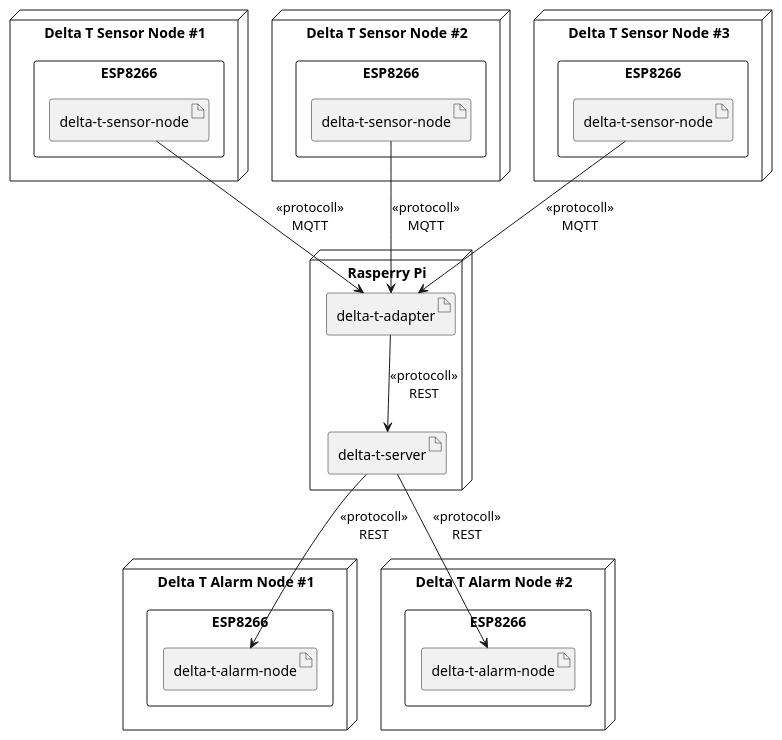
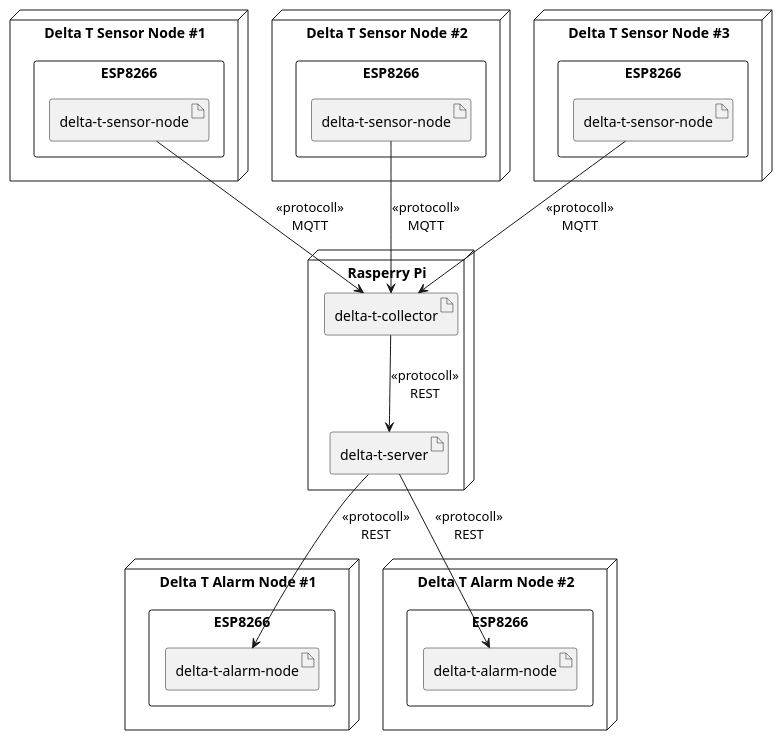
The diagram in doc/example-deployment.puml (r42sys/delta-t-sensor-node), drawn with PlantUML before and after one commit. The commit also changed 1 other file, not shown here.

Commit message:
Rename delta-t-adapter project

```diff
--- a/doc/example-deployment.puml
+++ b/doc/example-deployment.puml
@@ -1,46 +1,46 @@
 @startuml
 'https://plantuml.com/deployment-diagram
 
 node "Delta T Sensor Node #1" {
     rectangle esp8266_delta_t_sensor_node_1 as "ESP8266" {
         artifact delta_t_sensor_node_1 as "delta-t-sensor-node"
     }
 }
 
 node "Delta T Sensor Node #2" {
     rectangle esp8266_delta_t_sensor_node_2 as "ESP8266" {
         artifact delta_t_sensor_node_2 as "delta-t-sensor-node"
     }
 }
 
 node "Delta T Sensor Node #3" {
     rectangle esp8266_3 as "ESP8266" {
         artifact delta_t_sensor_node_3 as "delta-t-sensor-node"
     }
 }
 
 node raspberry_pi as "Rasperry Pi" {
-    artifact delta_t_adapter as "delta-t-adapter"
+    artifact delta_t_collector as "delta-t-collector"
     artifact delta_t_server as "delta-t-server"
 }
 
 node "Delta T Alarm Node #1" {
     rectangle esp8266_delta_t_alarm_node_1 as "ESP8266" {
         artifact delta_t_alarm_node_1 as "delta-t-alarm-node"
     }
 }
 
 node "Delta T Alarm Node #2" {
     rectangle esp8266_delta_t_alarm_node_2 as "ESP8266" {
         artifact delta_t_alarm_node_2 as "delta-t-alarm-node"
     }
 }
 
-delta_t_sensor_node_1 --> delta_t_adapter: <<protocoll>>\nMQTT
-delta_t_sensor_node_2 --> delta_t_adapter: <<protocoll>>\nMQTT
-delta_t_sensor_node_3 --> delta_t_adapter: <<protocoll>>\nMQTT
-delta_t_adapter --> delta_t_server : <<protocoll>>\nREST
+delta_t_sensor_node_1 --> delta_t_collector: <<protocoll>>\nMQTT
+delta_t_sensor_node_2 --> delta_t_collector: <<protocoll>>\nMQTT
+delta_t_sensor_node_3 --> delta_t_collector: <<protocoll>>\nMQTT
+delta_t_collector --> delta_t_server : <<protocoll>>\nREST
 delta_t_server --> delta_t_alarm_node_1: <<protocoll>>\nREST
 delta_t_server --> delta_t_alarm_node_2: <<protocoll>>\nREST
 
 @enduml
```
